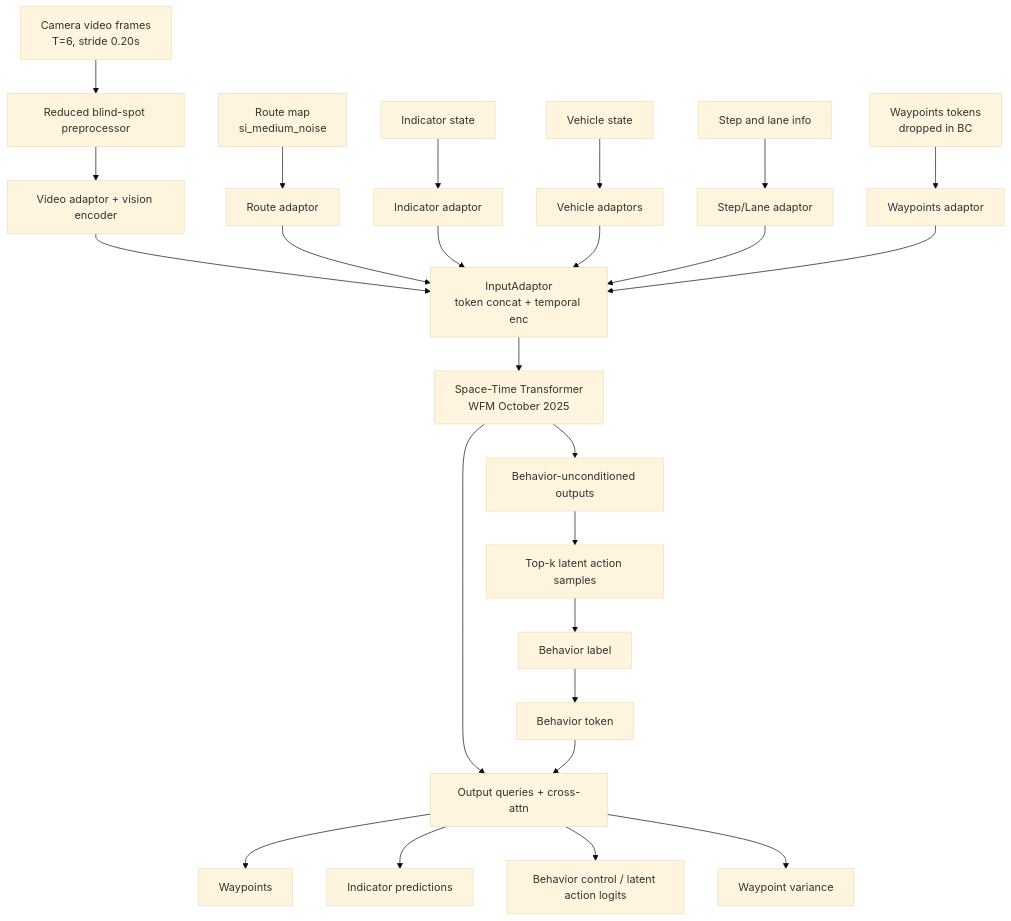
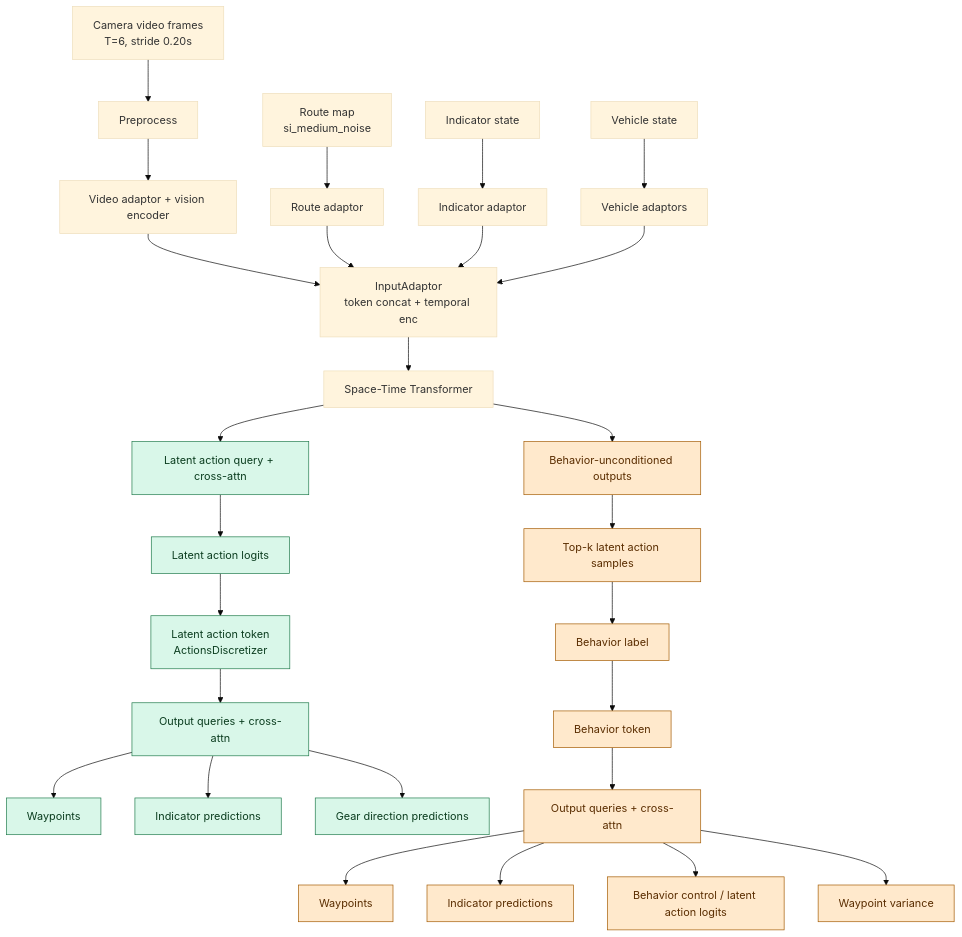
Before and after one commit to borisindelman-oss/vault: the diagram in codex/WayveCode/2026/01/Week-1/2026-01-05-parking-bc-vs-release-bc-latent-actions.md, drawn with Mermaid (base theme). The commit also changed other lines of this file, not shown here.

Commit message:
git sync 2026-01-05T15:02:03Z

````diff
--- a/codex/WayveCode/2026/01/Week-1/2026-01-05-parking-bc-vs-release-bc-latent-actions.md
+++ b/codex/WayveCode/2026/01/Week-1/2026-01-05-parking-bc-vs-release-bc-latent-actions.md
@@ -131,39 +91,46 @@
 ```mermaid
 flowchart TD
   Cam["Camera video frames<br/>T=6, stride 0.20s"]
   Route["Route map<br/>si_medium_noise"]
   Indicator["Indicator state"]
   Vehicle["Vehicle state"]
-  StepLane["Step and lane info"]
-  WaypointsIn["Waypoints tokens<br/>dropped in BC"]
 
-  Cam --> Preprocess["Reduced blind-spot preprocessor"]
+  Cam --> Preprocess["Preprocess"]
   Preprocess --> VideoTok["Video adaptor + vision encoder"]
   Route --> RouteTok["Route adaptor"]
   Indicator --> IndTok["Indicator adaptor"]
   Vehicle --> VehTok["Vehicle adaptors"]
-  StepLane --> StepLaneTok["Step/Lane adaptor"]
-  WaypointsIn --> WaypointsTok["Waypoints adaptor"]
 
   VideoTok --> InputAdaptor["InputAdaptor<br/>token concat + temporal enc"]
   RouteTok --> InputAdaptor
   IndTok --> InputAdaptor
   VehTok --> InputAdaptor
-  StepLaneTok --> InputAdaptor
-  WaypointsTok --> InputAdaptor
 
-  InputAdaptor --> ST["Space-Time Transformer<br/>WFM October 2025"]
+  InputAdaptor --> ST["Space-Time Transformer"]
 
+  %% Parking latent-action path (green)
+  ST --> LatentQ["Latent action query + cross-attn"]
+  LatentQ --> LatentHead["Latent action logits"]
+  LatentHead --> LatentToken["Latent action token<br/>ActionsDiscretizer"]
+  LatentToken --> OutputTokensP["Output queries + cross-attn"]
+  OutputTokensP --> WaypointsP["Waypoints"]
+  OutputTokensP --> IndicatorOutP["Indicator predictions"]
+  OutputTokensP --> GearOutP["Gear direction predictions"]
+
+  %% Release behavior-control path (orange)
   ST --> BehaviorUncond["Behavior-unconditioned outputs"]
   BehaviorUncond --> TopK["Top-k latent action samples"]
   TopK --> BehaviorLabel["Behavior label"]
   BehaviorLabel --> BehaviorToken["Behavior token"]
+  BehaviorToken --> OutputTokensR["Output queries + cross-attn"]
+  OutputTokensR --> WaypointsR["Waypoints"]
+  OutputTokensR --> IndicatorOutR["Indicator predictions"]
+  OutputTokensR --> BehaviorLogitsR["Behavior control / latent action logits"]
+  OutputTokensR --> VarianceR["Waypoint variance"]
 
-  ST --> OutputTokens["Output queries + cross-attn"]
-  BehaviorToken --> OutputTokens
+  classDef latentAction fill:#d9f7e9,stroke:#1f7a4b,color:#0b3d1f;
+  classDef behaviorControl fill:#ffe9cc,stroke:#a35a00,color:#5a2d00;
 
-  OutputTokens --> Waypoints["Waypoints"]
-  OutputTokens --> IndicatorOut["Indicator predictions"]
-  OutputTokens --> BehaviorLogits["Behavior control / latent action logits"]
-  OutputTokens --> Variance["Waypoint variance"]
+  class LatentQ,LatentHead,LatentToken,OutputTokensP,WaypointsP,IndicatorOutP,GearOutP latentAction;
+  class BehaviorUncond,TopK,BehaviorLabel,BehaviorToken,OutputTokensR,WaypointsR,IndicatorOutR,BehaviorLogitsR,VarianceR behaviorControl;
 ```
````
